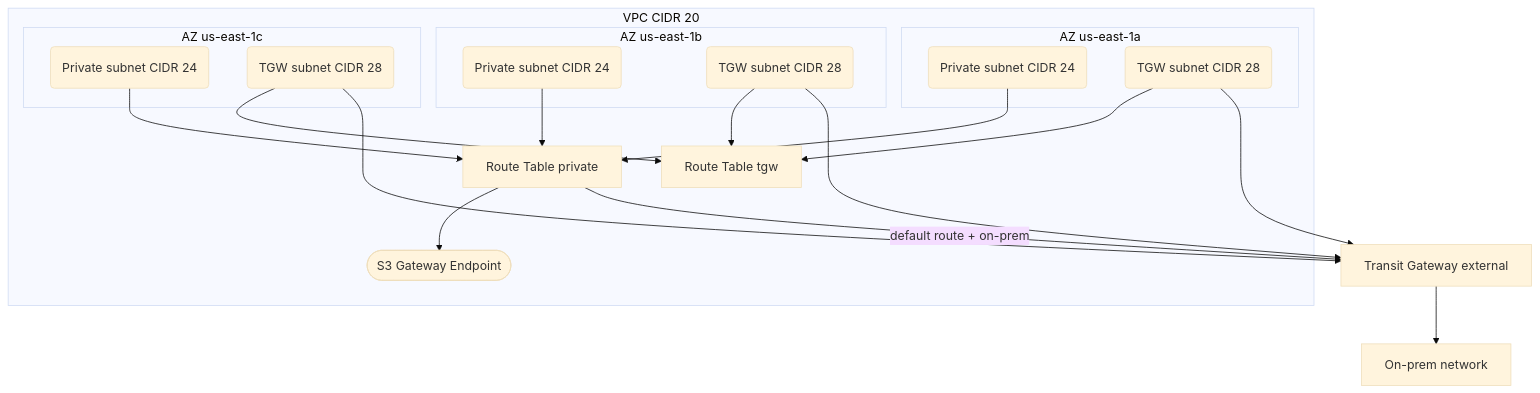
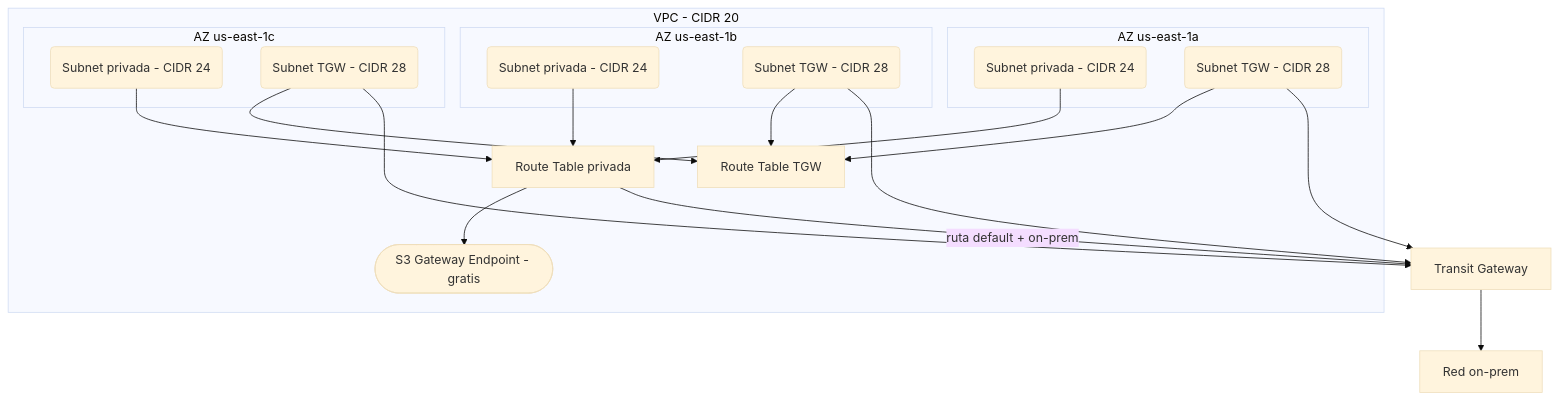
The diagram in README.md (ANALITIKACLOUD/kefe-terraform-aws-vpc), drawn with Mermaid (base theme) before and after one commit. The commit also changed other lines of this file, not shown here.

````diff
--- a/README.md
+++ b/README.md
@@ -11,36 +11,36 @@
 ```mermaid
 flowchart TB
-    subgraph VPC["VPC CIDR 20"]
+    subgraph VPC["VPC - CIDR 20"]
         subgraph AZa["AZ us-east-1a"]
-            PRIa("Private subnet CIDR 24")
-            TGWa("TGW subnet CIDR 28")
+            PRIa("Subnet privada - CIDR 24")
+            TGWa("Subnet TGW - CIDR 28")
         end
         subgraph AZb["AZ us-east-1b"]
-            PRIb("Private subnet CIDR 24")
-            TGWb("TGW subnet CIDR 28")
+            PRIb("Subnet privada - CIDR 24")
+            TGWb("Subnet TGW - CIDR 28")
         end
         subgraph AZc["AZ us-east-1c"]
-            PRIc("Private subnet CIDR 24")
-            TGWc("TGW subnet CIDR 28")
+            PRIc("Subnet privada - CIDR 24")
+            TGWc("Subnet TGW - CIDR 28")
         end
-        RTprivate["Route Table private"]
-        RTtgw["Route Table tgw"]
-        S3EP(["S3 Gateway Endpoint"])
+        RTprivate["Route Table privada"]
+        RTtgw["Route Table TGW"]
+        S3EP(["S3 Gateway Endpoint - gratis"])
     end
 
-    TGW["Transit Gateway external"]
-    OnPrem["On-prem network"]
+    TGW["Transit Gateway"]
+    OnPrem["Red on-prem"]
 
     PRIa --> RTprivate
     PRIb --> RTprivate
     PRIc --> RTprivate
     TGWa --> RTtgw
     TGWb --> RTtgw
     TGWc --> RTtgw
     TGWa --> TGW
     TGWb --> TGW
     TGWc --> TGW
     RTprivate --> S3EP
-    RTprivate -->|"default route + on-prem"| TGW
+    RTprivate -->|"ruta default + on-prem"| TGW
     TGW --> OnPrem
 ```
````
